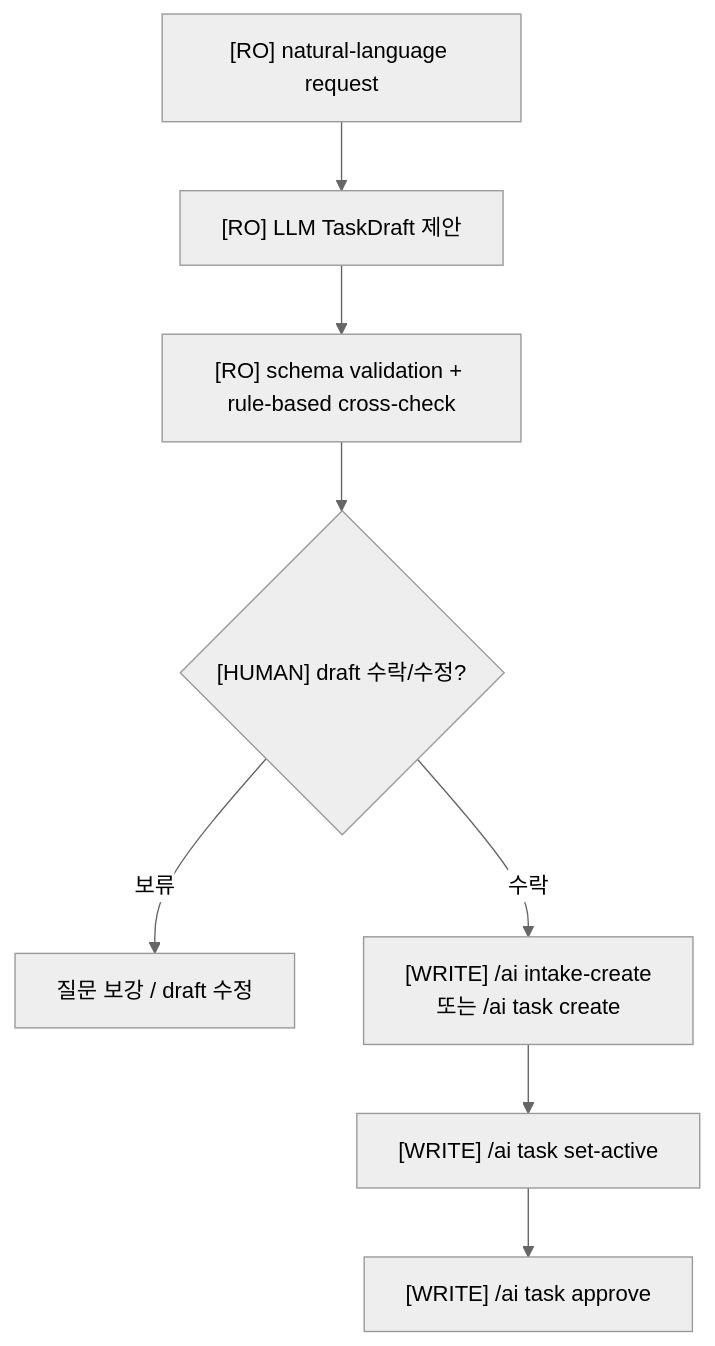
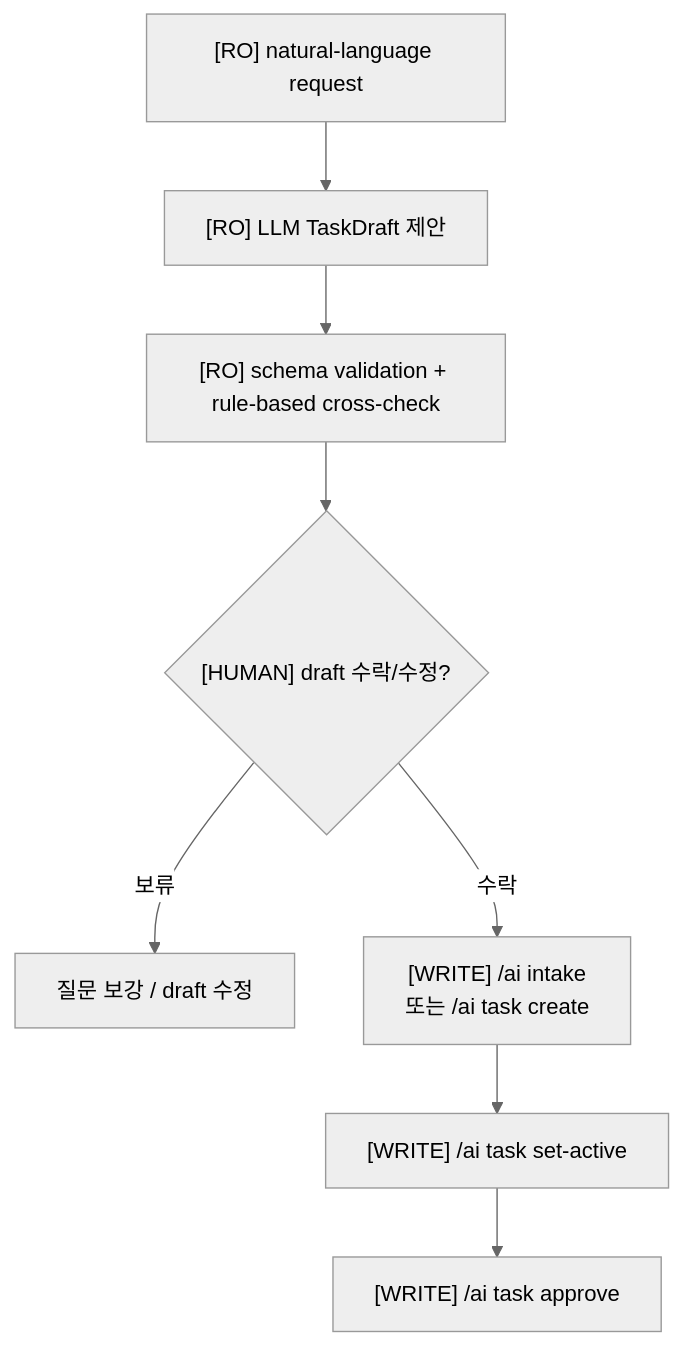
One commit to cv-918/play-ground changed the third of 5 diagrams in _Docs/AIWorkflow/AIWorkflow_Flowchart_KR.md. Above: the diagram before and after it, drawn with Mermaid (neutral theme). The commit also changed other lines of this file and 17 other files, not shown here.

````diff
--- a/_Docs/AIWorkflow/AIWorkflow_Flowchart_KR.md
+++ b/_Docs/AIWorkflow/AIWorkflow_Flowchart_KR.md
@@ -77,10 +74,10 @@
 ```mermaid
 flowchart TD
     A["[RO] natural-language request"] --> B["[RO] LLM TaskDraft 제안"]
     B --> C["[RO] schema validation + rule-based cross-check"]
     C --> D{"[HUMAN] draft 수락/수정?"}
     D -- 보류 --> E["질문 보강 / draft 수정"]
-    D -- 수락 --> F["[WRITE] /ai intake-create<br/>또는 /ai task create"]
+    D -- 수락 --> F["[WRITE] /ai intake<br/>또는 /ai task create"]
     F --> G["[WRITE] /ai task set-active"]
     G --> H["[WRITE] /ai task approve"]
 ```
````
